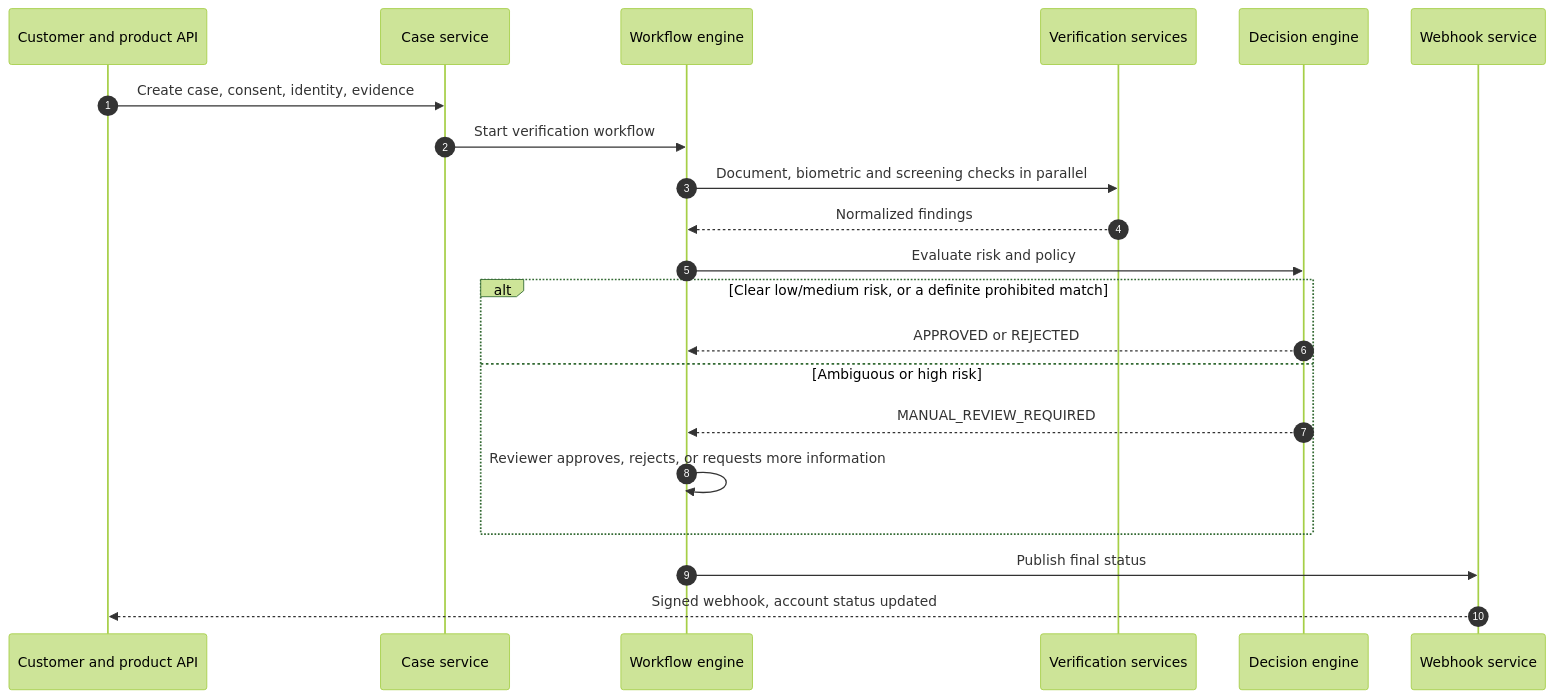
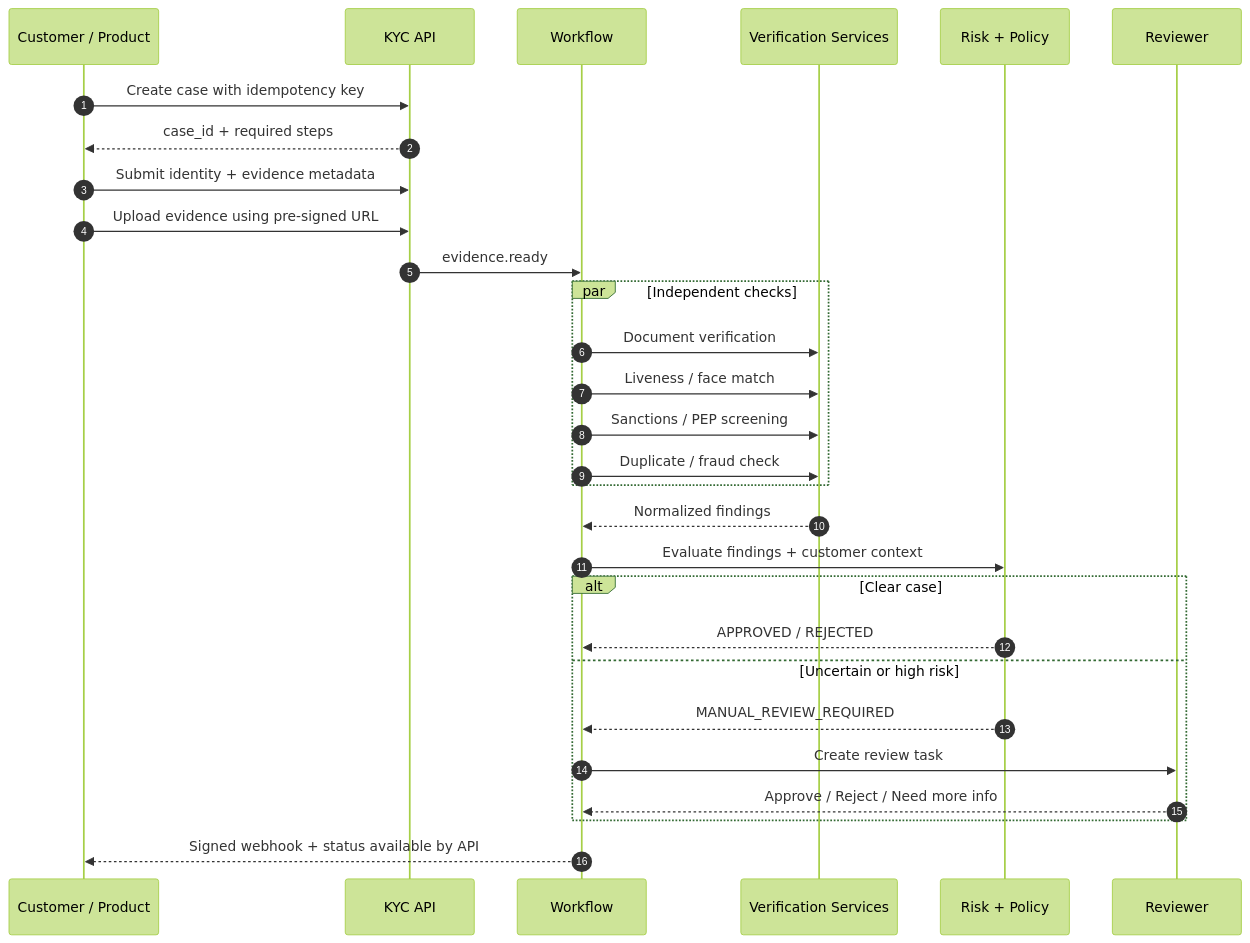
The third of 9 diagrams in src/content/system-design/kyc-pipeline.md (AvadhBhalodiya/Interview-Preparation), drawn with Mermaid (forest theme) before and after one commit. The commit also changed other lines of this file and 54 other files, not shown here.

````diff
--- a/src/content/system-design/kyc-pipeline.md
+++ b/src/content/system-design/kyc-pipeline.md
@@ -295,24 +327,36 @@
 ```mermaid
 sequenceDiagram
     autonumber
-    participant U as Customer and product API
-    participant K as Case service
-    participant W as Workflow engine
-    participant V as Verification services
-    participant P as Decision engine
-    participant N as Webhook service
+    participant U as Customer / Product
+    participant K as KYC API
+    participant W as Workflow
+    participant V as Verification Services
+    participant P as Risk + Policy
+    participant R as Reviewer
 
-    U->>K: Create case, consent, identity, evidence
-    K->>W: Start verification workflow
-    W->>V: Document, biometric and screening checks in parallel
+    U->>K: Create case with idempotency key
+    K-->>U: case_id + required steps
+    U->>K: Submit identity + evidence metadata
+    U->>K: Upload evidence using pre-signed URL
+    K->>W: evidence.ready
+
+    par Independent checks
+        W->>V: Document verification
+        W->>V: Liveness / face match
+        W->>V: Sanctions / PEP screening
+        W->>V: Duplicate / fraud check
+    end
+
     V-->>W: Normalized findings
-    W->>P: Evaluate risk and policy
-    alt Clear low/medium risk, or a definite prohibited match
-        P-->>W: APPROVED or REJECTED
-    else Ambiguous or high risk
+    W->>P: Evaluate findings + customer context
+
+    alt Clear case
+        P-->>W: APPROVED / REJECTED
+    else Uncertain or high risk
         P-->>W: MANUAL_REVIEW_REQUIRED
-        W->>W: Reviewer approves, rejects, or requests more information
+        W->>R: Create review task
+        R-->>W: Approve / Reject / Need more info
     end
-    W->>N: Publish final status
-    N-->>U: Signed webhook, account status updated
+
+    W-->>U: Signed webhook + status available by API
 ```
````
